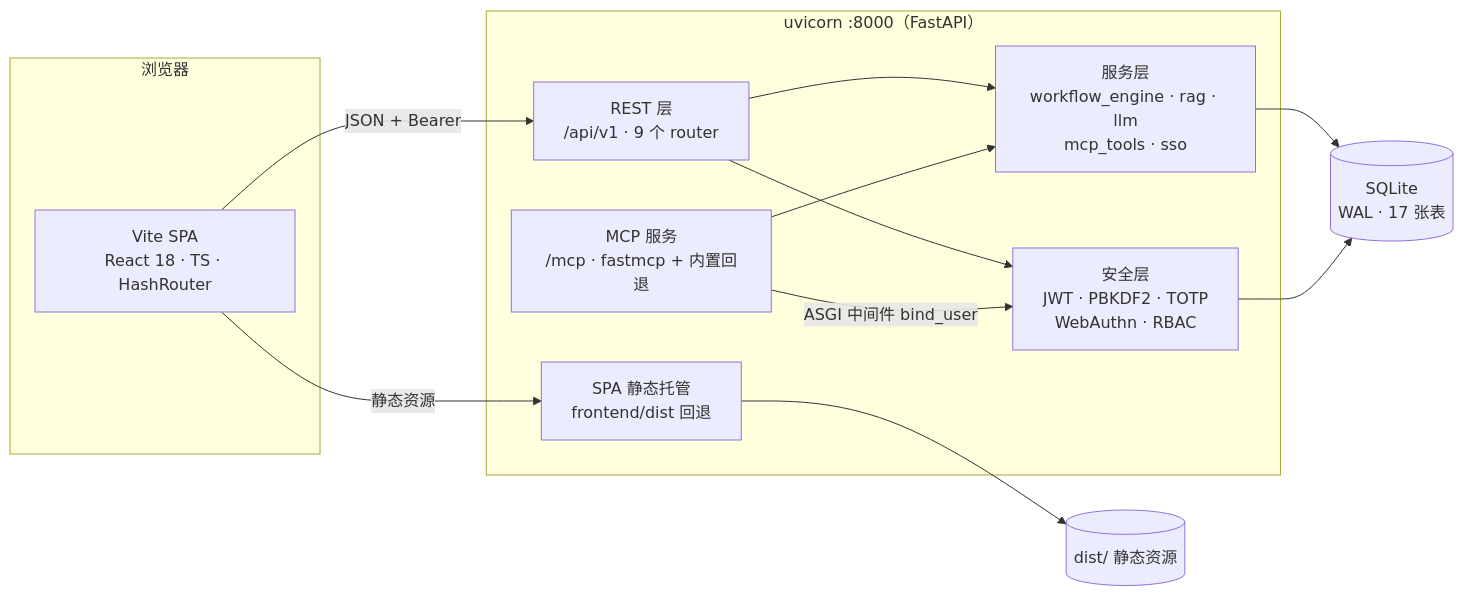
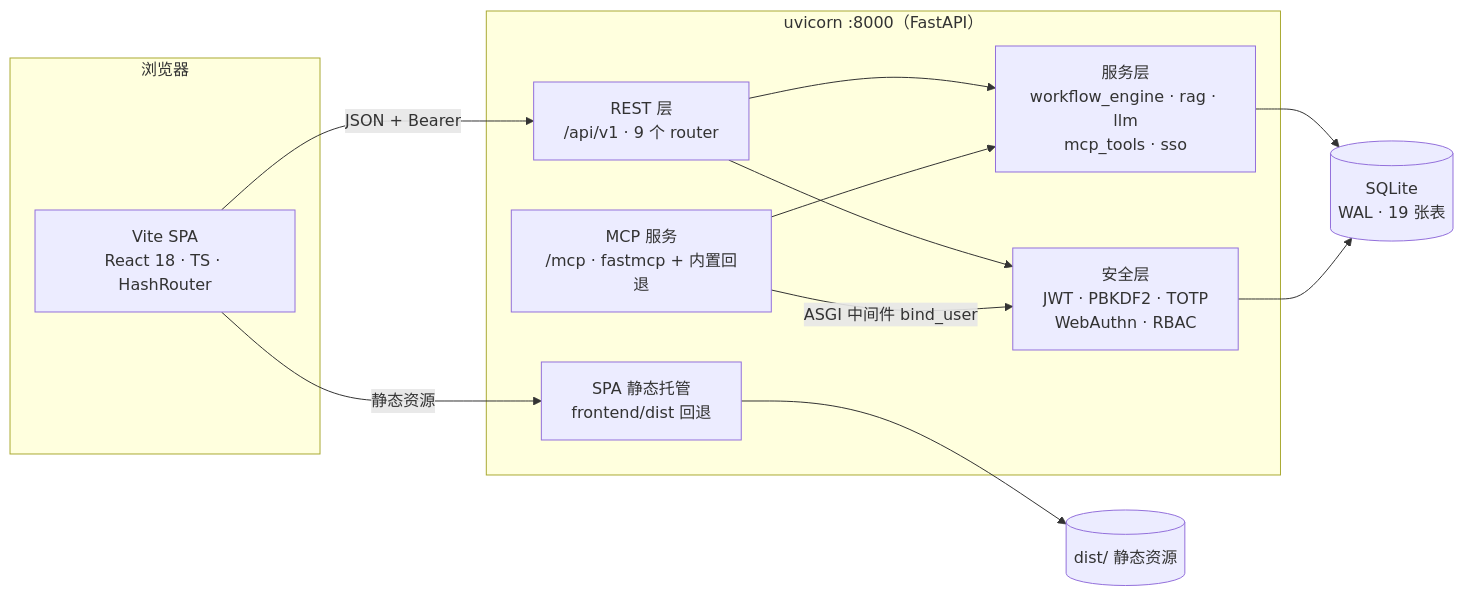
One commit to liudonghua123/ai-lowcode-platform changed the second of 4 diagrams in docs/architecture.zh-CN.md. Above: the diagram before and after it, drawn with Mermaid. The commit also changed other lines of this file and 31 other files, not shown here.

````diff
--- a/docs/architecture.zh-CN.md
+++ b/docs/architecture.zh-CN.md
@@ -60,25 +60,25 @@
 ```mermaid
 flowchart LR
     subgraph Browser[浏览器]
         SPA[Vite SPA<br/>React 18 · TS · HashRouter]
     end
     subgraph Process["uvicorn :8000（FastAPI）"]
         API["REST 层<br/>/api/v1 · 9 个 router"]
         MCPS["MCP 服务<br/>/mcp · fastmcp + 内置回退"]
         SVC["服务层<br/>workflow_engine · rag · llm<br/>mcp_tools · sso"]
         SEC["安全层<br/>JWT · PBKDF2 · TOTP<br/>WebAuthn · RBAC"]
         HOST["SPA 静态托管<br/>frontend/dist 回退"]
     end
-    DB[(SQLite<br/>WAL · 17 张表)]
+    DB[(SQLite<br/>WAL · 19 张表)]
     FS[("dist/ 静态资源")]
 
     SPA -->|JSON + Bearer| API
     SPA -->|静态资源| HOST
     API --> SEC
     API --> SVC
     MCPS -->|ASGI 中间件 bind_user| SEC
     MCPS --> SVC
     SVC --> DB
     SEC --> DB
     HOST --> FS
 ```
````
